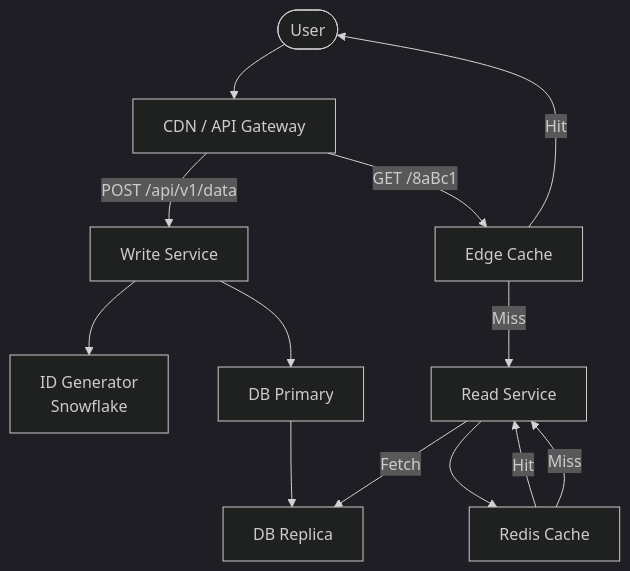
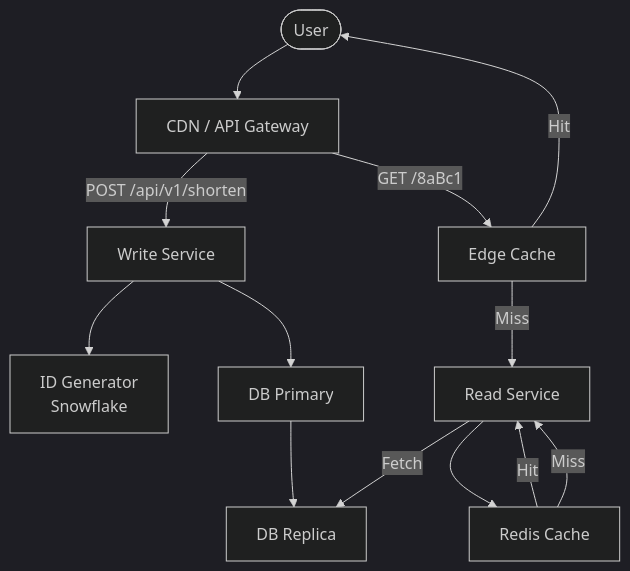
Before and after one commit to huangsam/systology: the diagram in site/content/designs/url-shortener.md, drawn with Mermaid (dark theme).

Commit message:
Tweak the API endpoint of url shortener

```diff
--- a/site/content/designs/url-shortener.md
+++ b/site/content/designs/url-shortener.md
@@ -31,19 +31,19 @@
 {{< mermaid >}}
 graph TD
     User([User]) --> Edge[CDN / API Gateway]
 
     %% Write Path
-    Edge -->|POST /api/v1/data| WriteAPI[Write Service]
+    Edge -->|POST /api/v1/shorten| WriteAPI[Write Service]
     WriteAPI --> IDGen[ID Generator<br/>Snowflake]
     WriteAPI --> DBPrimary[DB Primary]
     DBPrimary --> DBReplica[DB Replica]
 
     %% Read Path
     Edge -->|GET /8aBc1| EdgeCache[Edge Cache]
     EdgeCache -->|Hit| User
     EdgeCache -->|Miss| ReadAPI[Read Service]
     ReadAPI --> RedisCache[Redis Cache]
     RedisCache -->|Hit| ReadAPI
     RedisCache -->|Miss| ReadAPI
     ReadAPI -->|Fetch| DBReplica
 {{< /mermaid >}}
```
